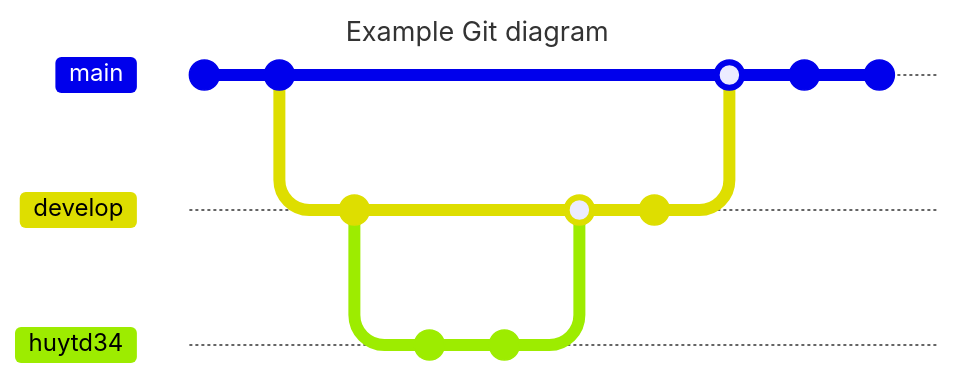
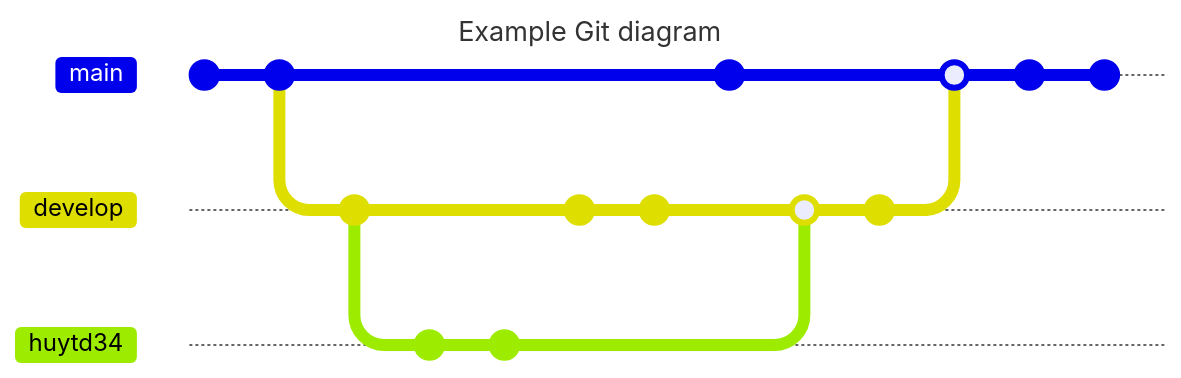
Before and after one commit to hadonis-testing/ncm: the second of 2 diagrams in README.md, drawn with Mermaid. Commit ids are hidden.

````diff
--- a/README.md
+++ b/README.md
@@ -20,22 +20,27 @@
 ```mermaid
 ---
 title: Example Git diagram
 ---
 gitGraph
    commit
    commit
    branch develop
    checkout develop
    commit
    branch huytd34
    checkout huytd34
    commit
    commit
    checkout develop
+   commit
+   commit
+   checkout main
+   commit
+   checkout develop
    merge huytd34
    commit
    checkout main
    merge develop
    commit
    commit
 ```
````
